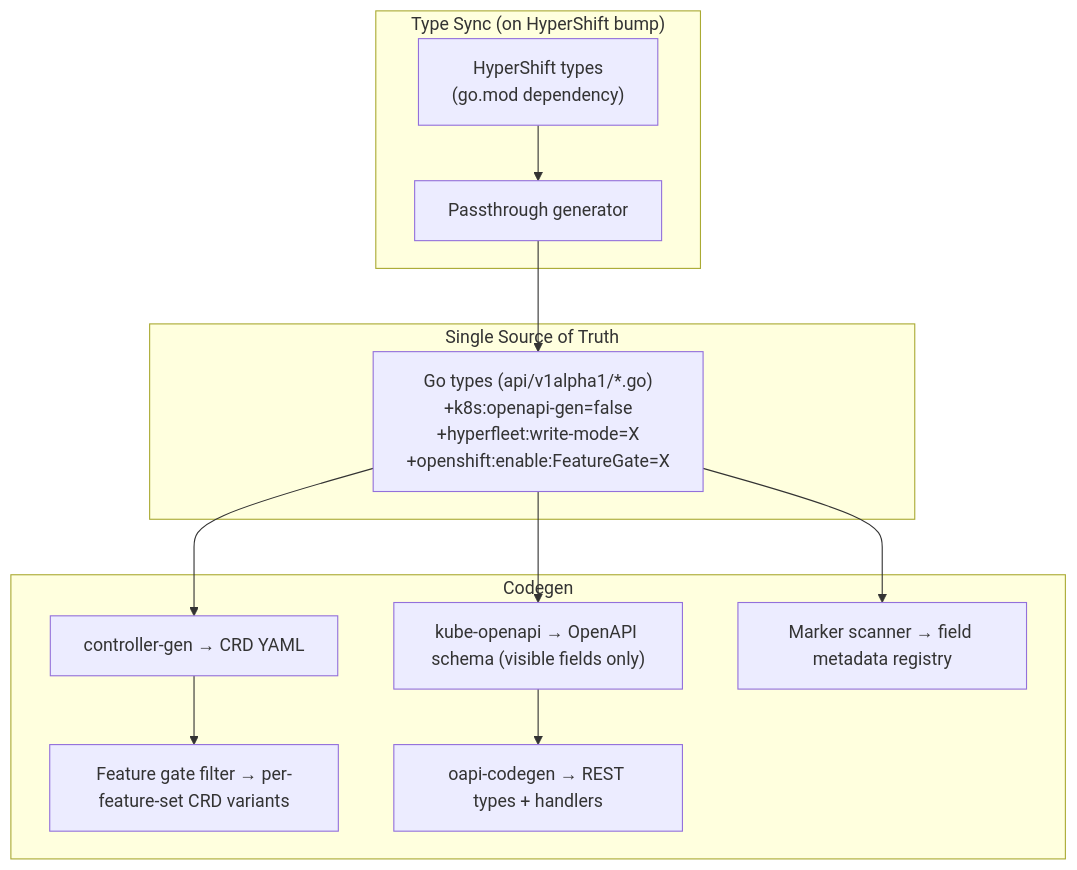
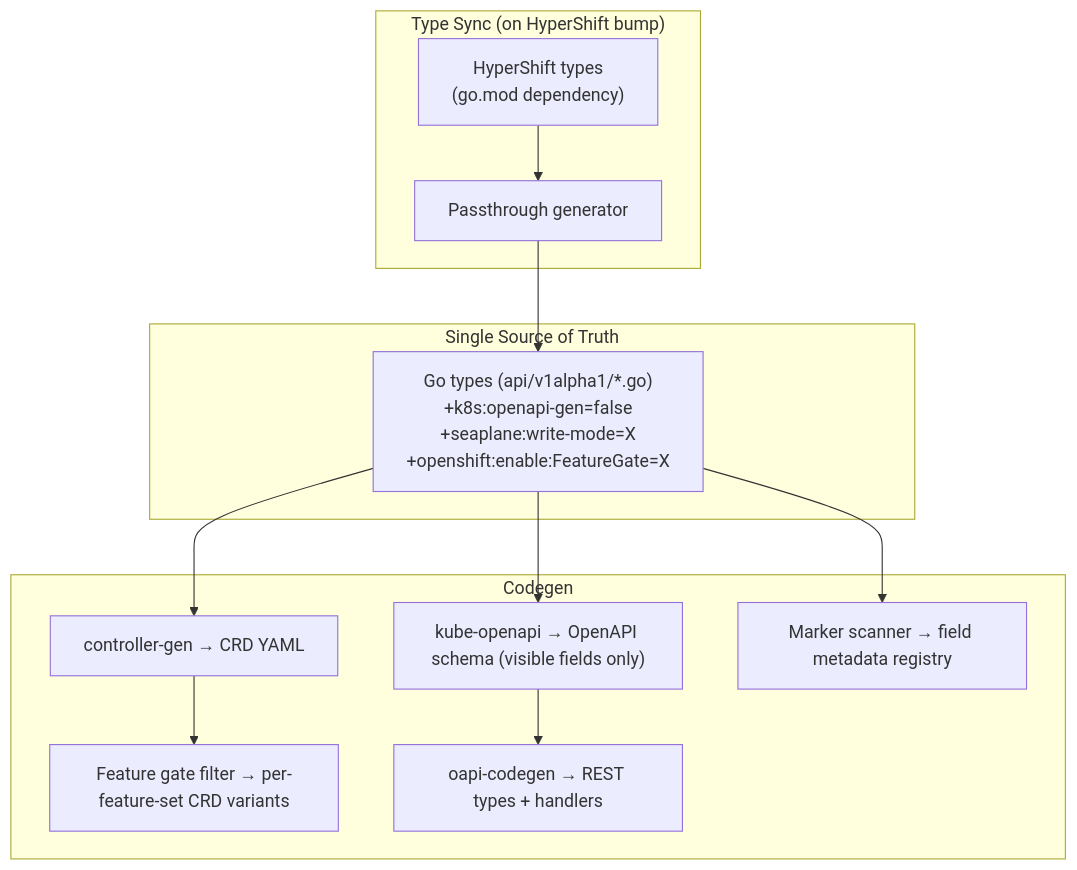
Before and after one commit to Alcamech/rosa-hyperfleet-api: the diagram in docs/api/api-management.md, drawn with Mermaid. The commit also changed other lines of this file and 622 other files, not shown here.

````diff
--- a/docs/api/api-management.md
+++ b/docs/api/api-management.md
@@ -171,24 +171,24 @@
 ```mermaid
 flowchart TB
     subgraph sync ["Type Sync (on HyperShift bump)"]
         HS["HyperShift types<br/>(go.mod dependency)"]
         GEN["Passthrough generator"]
     end
 
     subgraph src ["Single Source of Truth"]
-        GO["Go types (api/v1alpha1/*.go)<br/>+k8s:openapi-gen=false<br/>+hyperfleet:write-mode=X<br/>+openshift:enable:FeatureGate=X"]
+        GO["Go types (api/v1alpha1/*.go)<br/>+k8s:openapi-gen=false<br/>+seaplane:write-mode=X<br/>+openshift:enable:FeatureGate=X"]
     end
 
     subgraph gen ["Codegen"]
         CG["controller-gen → CRD YAML"]
         FGT["Feature gate filter → per-feature-set CRD variants"]
         KOA["kube-openapi → OpenAPI schema (visible fields only)"]
         MG["Marker scanner → field metadata registry"]
         OAC["oapi-codegen → REST types + handlers"]
     end
 
     HS --> GEN --> GO
     GO --> CG --> FGT
     GO --> KOA --> OAC
     GO --> MG
 ```
````
